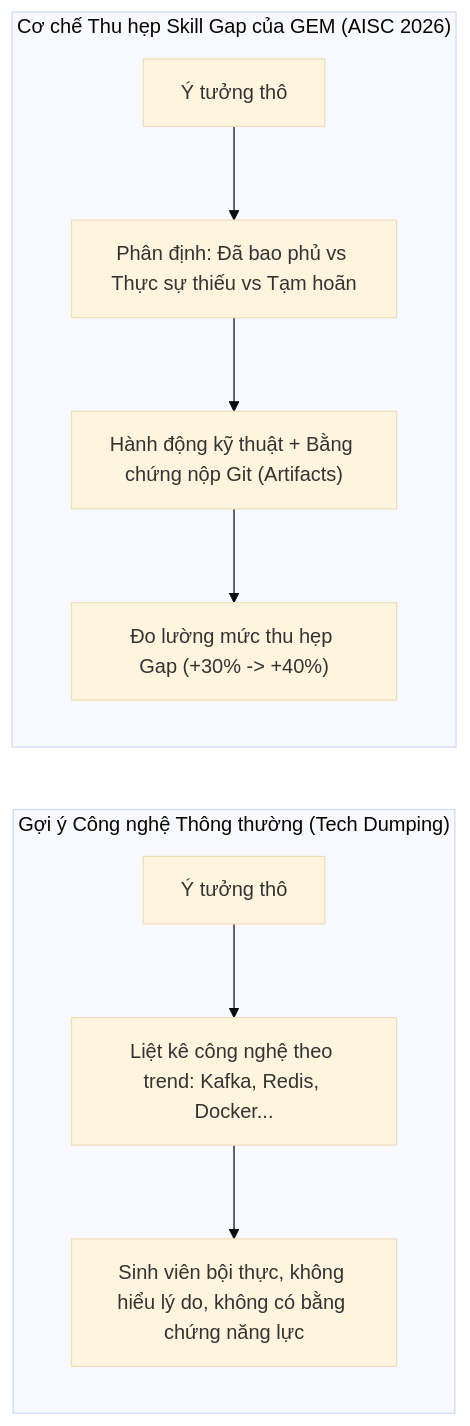
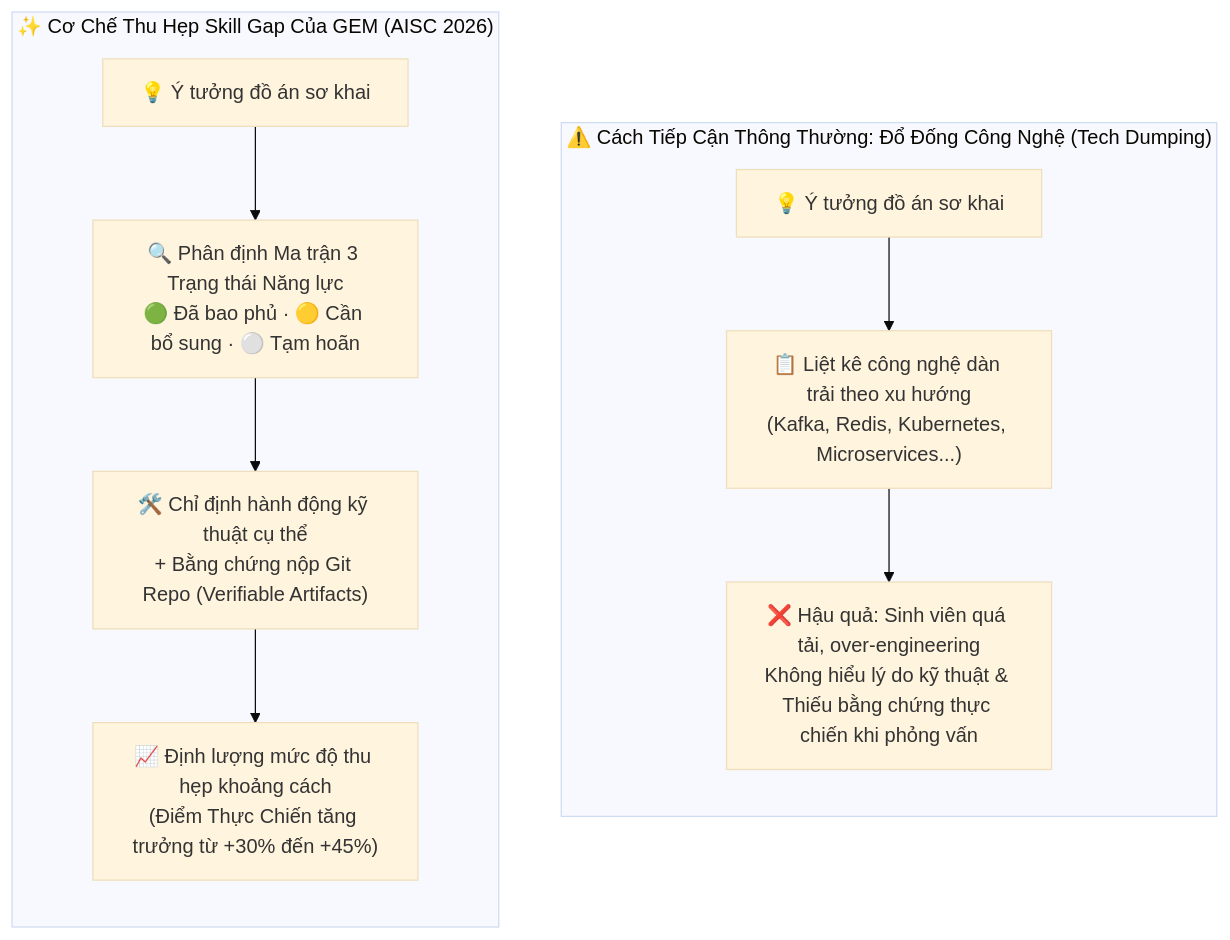
The first of 2 diagrams in README.md (PoemN-1212/AISC26_LUSTRA_GEM), drawn with Mermaid (base theme) before and after one commit. The commit also changed other lines of this file, not shown here.

````diff
--- a/README.md
+++ b/README.md
@@ -59,9 +59,19 @@
 ```mermaid
-graph LR
-    subgraph Traditional ["Gợi ý Công nghệ Thông thường (Tech Dumping)"]
-        T1["Ý tưởng thô"] --> T2["Liệt kê công nghệ theo trend: Kafka, Redis, Docker..."] --> T3["Sinh viên bội thực, không hiểu lý do, không có bằng chứng năng lực"]
+flowchart TD
+    subgraph Traditional ["⚠️ Cách Tiếp Cận Thông Thường: Đổ Đống Công Nghệ (Tech Dumping)"]
+        direction TB
+        T1["💡 Ý tưởng đồ án sơ khai"]
+        T2["📋 Liệt kê công nghệ dàn trải theo xu hướng<br/>(Kafka, Redis, Kubernetes, Microservices...)"]
+        T3["❌ Hậu quả: Sinh viên quá tải, over-engineering<br/>Không hiểu lý do kỹ thuật & Thiếu bằng chứng thực chiến khi phỏng vấn"]
+        T1 --> T2 --> T3
     end
-    subgraph GEM_Approach ["Cơ chế Thu hẹp Skill Gap của GEM (AISC 2026)"]
-        G1["Ý tưởng thô"] --> G2["Phân định: Đã bao phủ vs Thực sự thiếu vs Tạm hoãn"] --> G3["Hành động kỹ thuật + Bằng chứng nộp Git (Artifacts)"] --> G4["Đo lường mức thu hẹp Gap (+30% -> +40%)"]
+
+    subgraph GEM_Approach ["✨ Cơ Chế Thu Hẹp Skill Gap Của GEM (AISC 2026)"]
+        direction TB
+        G1["💡 Ý tưởng đồ án sơ khai"]
+        G2["🔍 Phân định Ma trận 3 Trạng thái Năng lực<br/>🟢 Đã bao phủ · 🟡 Cần bổ sung · ⚪ Tạm hoãn"]
+        G3["🛠️ Chỉ định hành động kỹ thuật cụ thể<br/>+ Bằng chứng nộp Git Repo (Verifiable Artifacts)"]
+        G4["📈 Định lượng mức độ thu hẹp khoảng cách<br/>(Điểm Thực Chiến tăng trưởng từ +30% đến +45%)"]
+        G1 --> G2 --> G3 --> G4
     end
 ```
````
